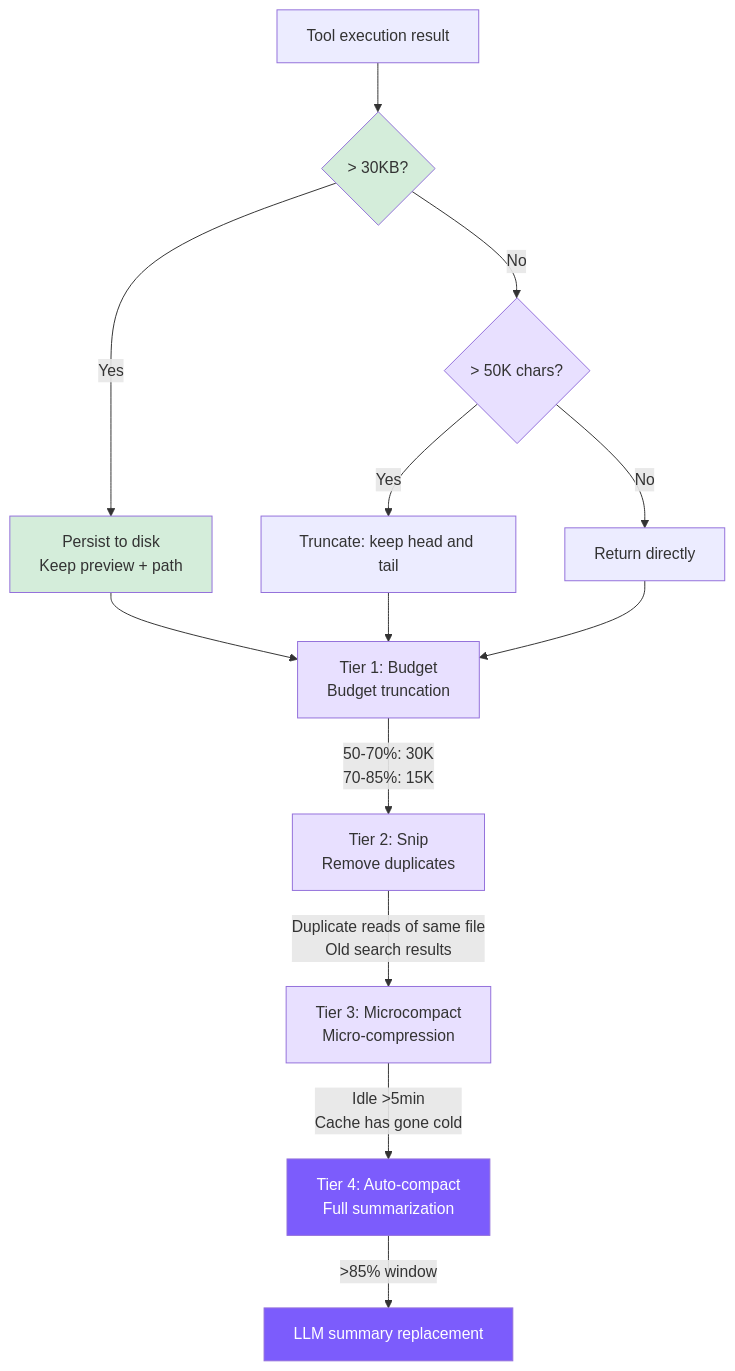
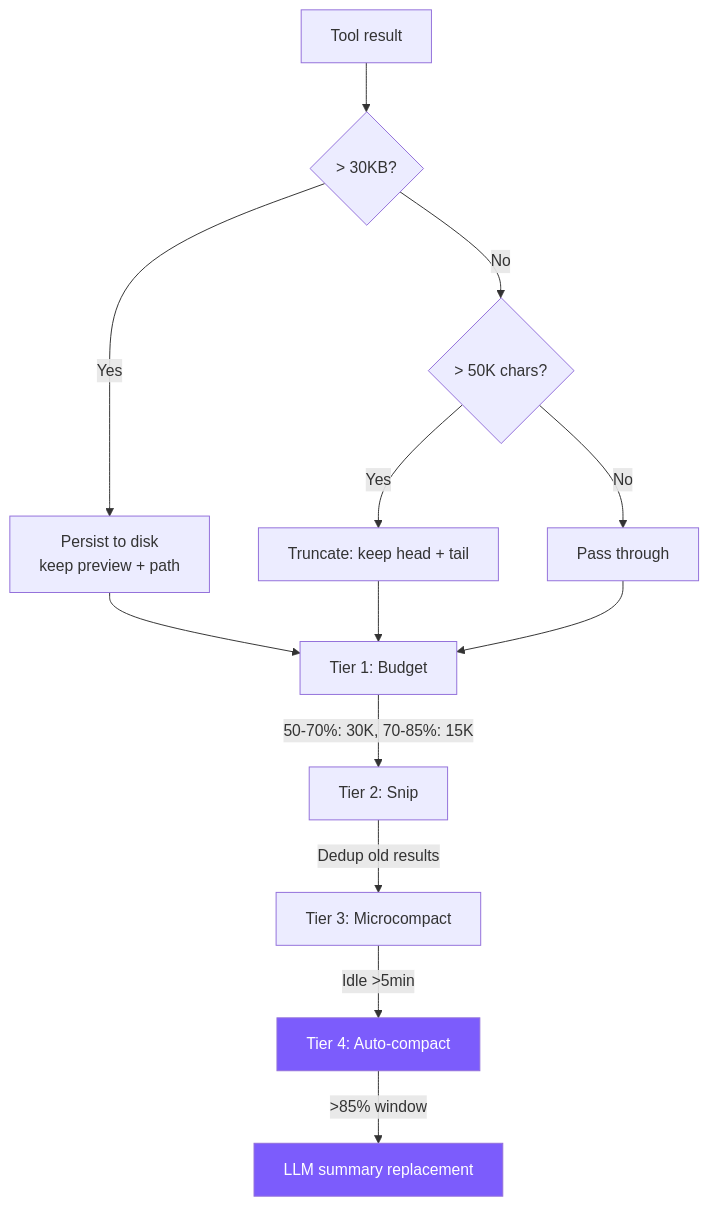
The diagram in en/docs/07-context.md (joinmouse/claude-code-mini), drawn with Mermaid before and after one commit. The commit also changed other lines of this file and 30 other files, not shown here.

````diff
--- a/en/docs/07-context.md
+++ b/en/docs/07-context.md
@@ -7,25 +5,19 @@
 ```mermaid
 graph TD
-    Tool[Tool execution result] --> Persist{"&gt; 30KB?"}
-    Persist -->|Yes| Disk["Persist to disk<br/>Keep preview + path"]
+    Tool[Tool result] --> Persist{"&gt; 30KB?"}
+    Persist -->|Yes| Disk["Persist to disk<br/>keep preview + path"]
     Persist -->|No| Trunc{"&gt; 50K chars?"}
     Disk --> T1
-    Trunc -->|Yes| Cut["Truncate: keep head and tail"]
-    Trunc -->|No| Pass[Return directly]
+    Trunc -->|Yes| Cut["Truncate: keep head + tail"]
+    Trunc -->|No| Pass[Pass through]
     Cut --> T1
     Pass --> T1
 
-    T1["Tier 1: Budget<br/>Budget truncation"] -->|"50-70%: 30K<br/>70-85%: 15K"| T2["Tier 2: Snip<br/>Remove duplicates"]
-    T2 -->|"Duplicate reads of same file<br/>Old search results"| T3["Tier 3: Microcompact<br/>Micro-compression"]
-    T3 -->|"Idle &gt;5min<br/>Cache has gone cold"| T4["Tier 4: Auto-compact<br/>Full summarization"]
+    T1["Tier 1: Budget"] -->|"50-70%: 30K, 70-85%: 15K"| T2["Tier 2: Snip"]
+    T2 -->|Dedup old results| T3["Tier 3: Microcompact"]
+    T3 -->|Idle &gt;5min| T4["Tier 4: Auto-compact"]
     T4 -->|"&gt;85% window"| Summary[LLM summary replacement]
 
-    style Persist fill:#d4edda
-    style Disk fill:#d4edda
-    style Trunc fill:#e8e0ff
-    style T1 fill:#e8e0ff
-    style T2 fill:#e8e0ff
-    style T3 fill:#e8e0ff
     style T4 fill:#7c5cfc,color:#fff
     style Summary fill:#7c5cfc,color:#fff
 ```
````
